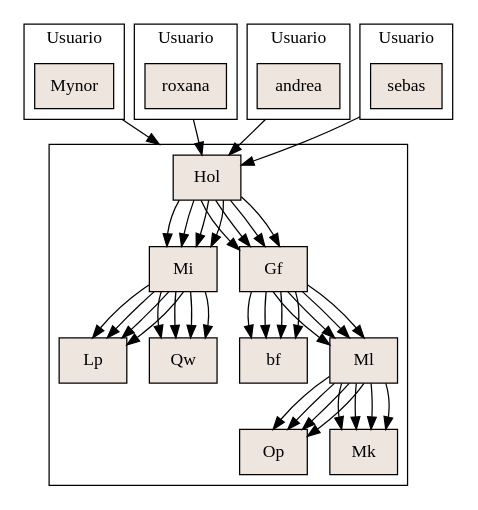
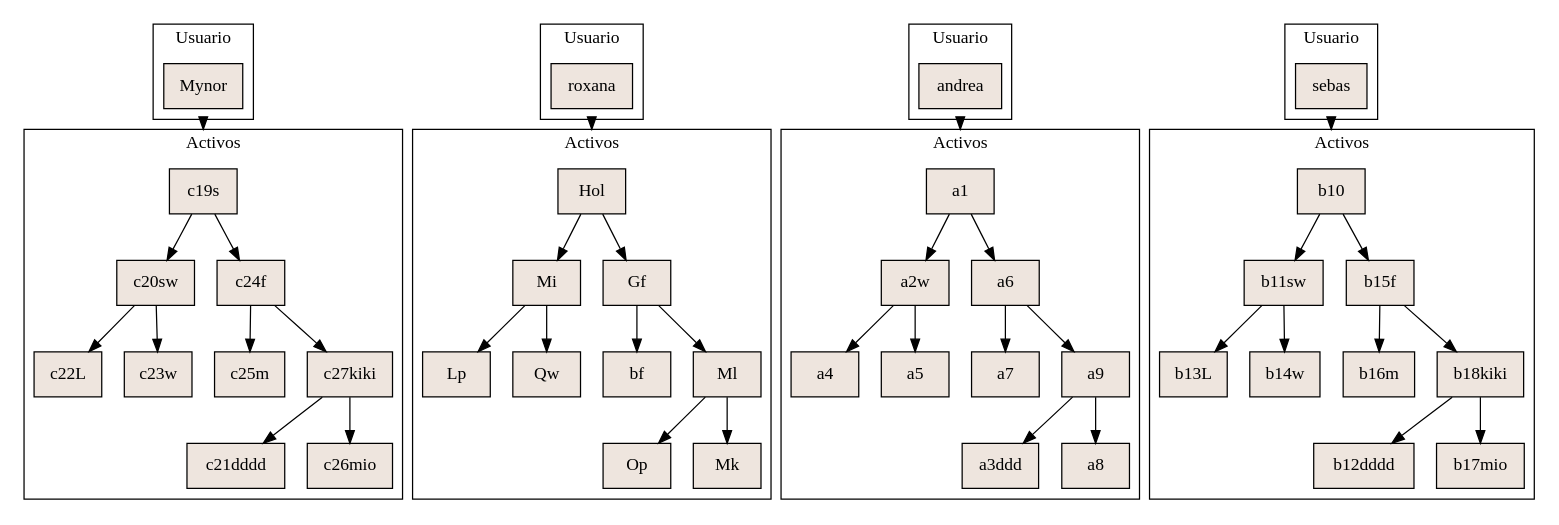
The diagram in GraficaEmpresa.dot (MEFM/SistemaDeRentas), drawn with Graphviz before and after one commit. The commit also changed 13 other files, not shown here.

```diff
--- a/GraficaEmpresa.dot
+++ b/GraficaEmpresa.dot
@@ -1,72 +1,72 @@
 digraph a{
 node[shape = record, style=filled, fillcolor=seashell2];
 compound = true
                                   subgraph cluster0                                  {
                                   label = "Usuario";
                                   Titulo0                                  [label="Mynor"]
                                   }
                                   subgraph cluster1                                  {
-                                                                                                      Hol->Mi
-                                  Hol->Gf
-                                  Mi->Lp
-                                  Mi->Qw
-                                  Gf->bf
-                                  Gf->Ml
-                                  Ml->Op
-                                  Ml->Mk
+                                  label ="Activos"                                                                                                      c19s->c20sw
+                                  c19s->c24f
+                                  c20sw->c22L
+                                  c20sw->c23w
+                                  c24f->c25m
+                                  c24f->c27kiki
+                                  c27kiki->c21dddd
+                                  c27kiki->c26mio
                                   }
 
-                                  Titulo0                                  -> Hol[ltail=cluster0 lhead=cluster1]
+                                  Titulo0                                  -> c19s[ltail=cluster0 lhead=cluster1]
                                   ;
                                   subgraph cluster2                                  {
                                   label = "Usuario";
                                   Titulo2                                  [label="roxana"]
                                   }
                                   subgraph cluster3                                  {
-                                                                                                      Hol->Mi
+                                  label ="Activos"                                                                                                      Hol->Mi
                                   Hol->Gf
                                   Mi->Lp
                                   Mi->Qw
                                   Gf->bf
                                   Gf->Ml
                                   Ml->Op
                                   Ml->Mk
                                   }
 
                                   Titulo2                                  -> Hol[ltail=cluster2 lhead=cluster3]
                                   ;
                                   subgraph cluster4                                  {
                                   label = "Usuario";
                                   Titulo4                                  [label="andrea"]
                                   }
                                   subgraph cluster5                                  {
-                                                                                                      Hol->Mi
-                                  Hol->Gf
-                                  Mi->Lp
-                                  Mi->Qw
-                                  Gf->bf
-                                  Gf->Ml
-                                  Ml->Op
-                                  Ml->Mk
+                                  label ="Activos"                                                                                                      a1->a2w
+                                  a1->a6
+                                  a2w->a4
+                                  a2w->a5
+                                  a6->a7
+                                  a6->a9
+                                  a9->a3ddd
+                                  a9->a8
                                   }
 
-                                  Titulo4                                  -> Hol[ltail=cluster4 lhead=cluster5]
+                                  Titulo4                                  -> a1[ltail=cluster4 lhead=cluster5]
                                   ;
                                   subgraph cluster6                                  {
                                   label = "Usuario";
                                   Titulo6                                  [label="sebas"]
                                   }
                                   subgraph cluster7                                  {
-                                                                                                      Hol->Mi
-                                  Hol->Gf
-                                  Mi->Lp
-                                  Mi->Qw
-                                  Gf->bf
-                                  Gf->Ml
-                                  Ml->Op
-                                  Ml->Mk
+                                  label ="Activos"                                                                                                      b10->b11sw
+                                  b10->b15f
+                                  b11sw->b13L
+                                  b11sw->b14w
+                                  b15f->b16m
+                                  b15f->b18kiki
+                                  b18kiki->b12dddd
+                                  b18kiki->b17mio
                                   }
 
-                                  Titulo6                                  -> Hol[ltail=cluster6 lhead=cluster7]
+                                  Titulo6                                  -> b10[ltail=cluster6 lhead=cluster7]
                                   ;
 }
```
